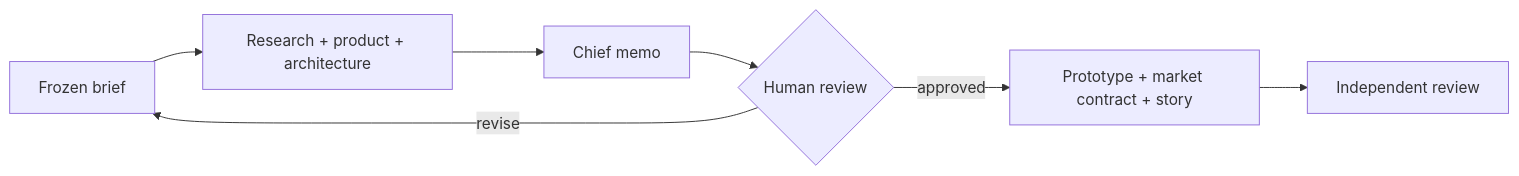
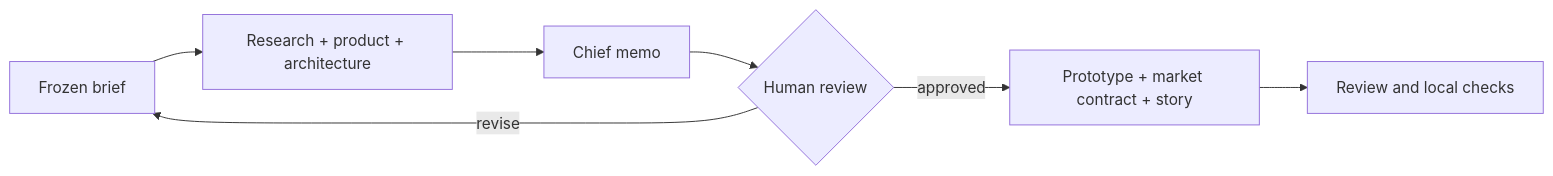
Before and after one commit to megandmartin/predictkit-workshop-agents: the diagram in README.md, drawn with Mermaid. The commit also changed other lines of this file and 47 other files, not shown here.

````diff
--- a/README.md
+++ b/README.md
@@ -27,9 +31,9 @@
 ```mermaid
 flowchart LR
   B[Frozen brief] --> R[Research + product + architecture]
   R --> C[Chief memo]
   C --> H{Human review}
   H -->|approved| D[Prototype + market contract + story]
   H -->|revise| B
-  D --> Q[Independent review]
+  D --> Q[Review and local checks]
 ```
````
